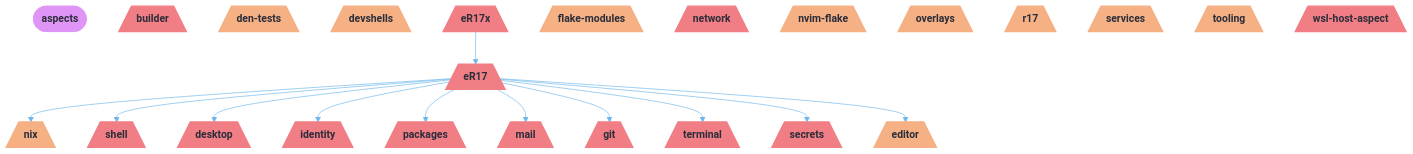
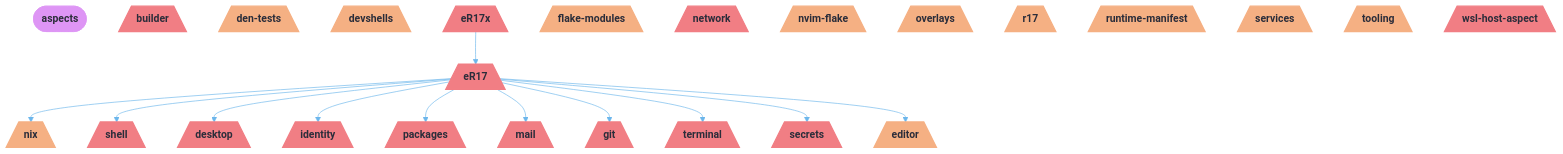
The first of 5 diagrams in README.md (r17x/universe), drawn with Mermaid before and after one commit. The commit also changed other lines of this file and 27 other files, not shown here.

````diff
--- a/README.md
+++ b/README.md
@@ -75,65 +75,67 @@
 ```mermaid
 %%{init: {"theme":"base","themeVariables":{"activationBkgColor":"#EC7279","activationBorderColor":"#EF9F76","actorBkg":"#EC7279","actorBorder":"#6CB6EB","actorLineColor":"#6CB6EB","actorTextColor":"#D38AEA","background":"#2B2D3A","classText":"#D38AEA","clusterBkg":"#EC7279","clusterBorder":"#EF9F76","edgeLabelBackground":"#2B2D3A","labelBoxBkgColor":"#EC7279","labelBoxBorderColor":"#6CB6EB","labelTextColor":"#D38AEA","lineColor":"#6CB6EB","loopTextColor":"#D38AEA","mainBkg":"#EC7279","nodeBkg":"#EC7279","nodeBorder":"#6CB6EB","nodeTextColor":"#D38AEA","noteBkgColor":"#EC7279","noteBorderColor":"#EF9F76","noteTextColor":"#D38AEA","pie1":"#3D3D40","pie2":"#F17E84","pie3":"#B1D48B","pie4":"#F5B083","pie5":"#7EC1F5","pie6":"#DE95F5","pie7":"#68C7CD","pie8":"#F0F4FA","pieLegendTextColor":"#D38AEA","pieOuterStrokeColor":"#EF9F76","pieSectionTextColor":"#D38AEA","pieStrokeColor":"#EF9F76","pieTitleTextColor":"#D38AEA","primaryBorderColor":"#6CB6EB","primaryColor":"#EC7279","primaryTextColor":"#D38AEA","secondBkg":"#EC7279","secondaryBorderColor":"#EF9F76","secondaryColor":"#EC7279","secondaryTextColor":"#D38AEA","sequenceNumberColor":"#2B2D3A","signalColor":"#6CB6EB","signalTextColor":"#D38AEA","tertiaryBorderColor":"#EF9F76","tertiaryColor":"#EC7279","tertiaryTextColor":"#D38AEA","textColor":"#D38AEA","titleColor":"#D38AEA"}}}%%
 graph TD
   aspects([aspects]):::root
   builder[/"builder"\]:::builder_c
   den_tests[/"den-tests"\]:::den_tests_c
   desktop[/"desktop"\]:::desktop_c
   devshells[/"devshells"\]:::devshells_c
   eR17[/"eR17"\]:::eR17_c
   eR17x[/"eR17x"\]:::eR17x_c
   editor[/"editor"\]:::editor_c
   flake_modules[/"flake-modules"\]:::flake_modules_c
   git[/"git"\]:::git_c
   identity[/"identity"\]:::identity_c
   mail[/"mail"\]:::mail_c
   network[/"network"\]:::network_c
   nix[/"nix"\]:::nix_c
   nvim_flake[/"nvim-flake"\]:::nvim_flake_c
   overlays[/"overlays"\]:::overlays_c
   packages[/"packages"\]:::packages_c
   r17[/"r17"\]:::r17_c
+  runtime_manifest[/"runtime-manifest"\]:::runtime_manifest_c
   secrets[/"secrets"\]:::secrets_c
   services[/"services"\]:::services_c
   shell[/"shell"\]:::shell_c
   terminal[/"terminal"\]:::terminal_c
   tooling[/"tooling"\]:::tooling_c
   wsl_host_aspect[/"wsl-host-aspect"\]:::wsl_host_aspect_c
 
   eR17 --> nix
   eR17 --> shell
   eR17 --> desktop
   eR17 --> identity
   eR17 --> packages
   eR17 --> mail
   eR17 --> git
   eR17 --> terminal
   eR17 --> secrets
   eR17 --> editor
   eR17x --> eR17
 
   classDef root fill:#DE95F5,stroke:#DE95F5,color:#2B2D3A,font-weight:bold
   classDef builder_c fill:#F17E84,stroke:#F17E84,color:#2B2D3A,stroke-width:2px
   classDef den_tests_c fill:#F5B083,stroke:#F5B083,color:#2B2D3A,stroke-width:2px
   classDef desktop_c fill:#F17E84,stroke:#F17E84,color:#2B2D3A,stroke-width:2px
   classDef devshells_c fill:#F5B083,stroke:#F5B083,color:#2B2D3A,stroke-width:2px
   classDef eR17_c fill:#F17E84,stroke:#F17E84,color:#2B2D3A,stroke-width:2px
   classDef eR17x_c fill:#F17E84,stroke:#F17E84,color:#2B2D3A,stroke-width:2px
   classDef editor_c fill:#F5B083,stroke:#F5B083,color:#2B2D3A,stroke-width:2px
   classDef flake_modules_c fill:#F5B083,stroke:#F5B083,color:#2B2D3A,stroke-width:2px
   classDef git_c fill:#F17E84,stroke:#F17E84,color:#2B2D3A,stroke-width:2px
   classDef identity_c fill:#F17E84,stroke:#F17E84,color:#2B2D3A,stroke-width:2px
   classDef mail_c fill:#F17E84,stroke:#F17E84,color:#2B2D3A,stroke-width:2px
   classDef network_c fill:#F17E84,stroke:#F17E84,color:#2B2D3A,stroke-width:2px
   classDef nix_c fill:#F5B083,stroke:#F5B083,color:#2B2D3A,stroke-width:2px
   classDef nvim_flake_c fill:#F5B083,stroke:#F5B083,color:#2B2D3A,stroke-width:2px
   classDef overlays_c fill:#F5B083,stroke:#F5B083,color:#2B2D3A,stroke-width:2px
   classDef packages_c fill:#F17E84,stroke:#F17E84,color:#2B2D3A,stroke-width:2px
   classDef r17_c fill:#F5B083,stroke:#F5B083,color:#2B2D3A,stroke-width:2px
+  classDef runtime_manifest_c fill:#F5B083,stroke:#F5B083,color:#2B2D3A,stroke-width:2px
   classDef secrets_c fill:#F17E84,stroke:#F17E84,color:#2B2D3A,stroke-width:2px
   classDef services_c fill:#F5B083,stroke:#F5B083,color:#2B2D3A,stroke-width:2px
   classDef shell_c fill:#F17E84,stroke:#F17E84,color:#2B2D3A,stroke-width:2px
   classDef terminal_c fill:#F17E84,stroke:#F17E84,color:#2B2D3A,stroke-width:2px
   classDef tooling_c fill:#F5B083,stroke:#F5B083,color:#2B2D3A,stroke-width:2px
   classDef wsl_host_aspect_c fill:#F17E84,stroke:#F17E84,color:#2B2D3A,stroke-width:2px
 ```
````
